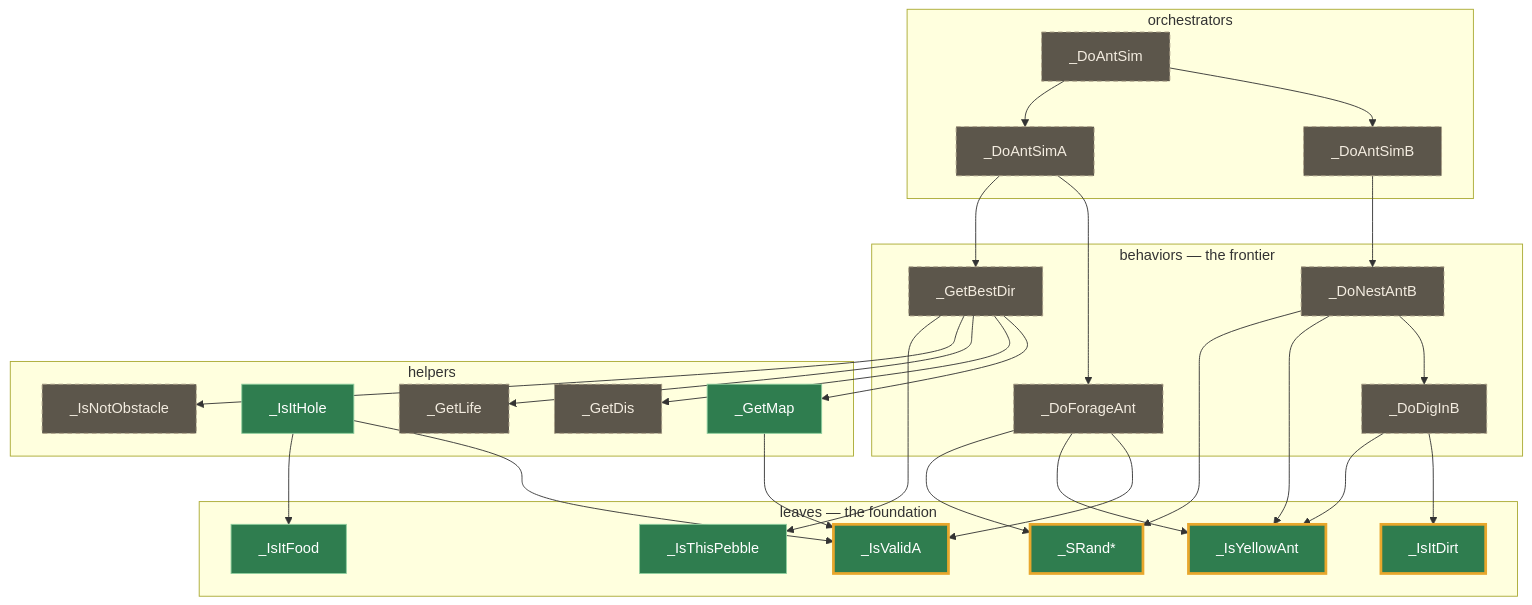
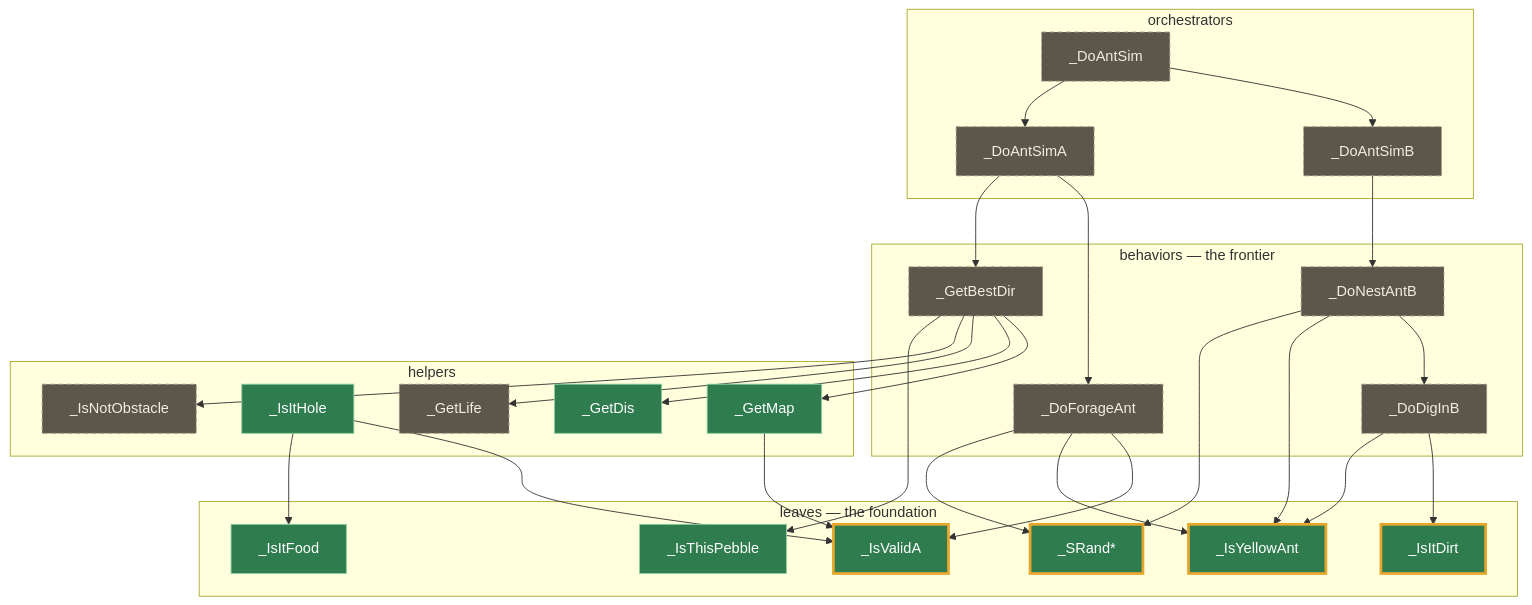
Before and after one commit to missingno7/simant_port: the diagram in README.md, drawn with Mermaid. The commit also changed other lines of this file and 4 other files, not shown here.

````diff
--- a/README.md
+++ b/README.md
@@ -36,45 +36,45 @@
 ```mermaid
 flowchart TD
   subgraph L1["orchestrators"]
     das["_DoAntSim"]
     dab["_DoAntSimB"]
     daa["_DoAntSimA"]
   end
   subgraph L2["behaviors — the frontier"]
     dnb["_DoNestAntB"]
     dfor["_DoForageAnt"]
     gbd["_GetBestDir"]
     ddig["_DoDigInB"]
   end
   subgraph L3["helpers"]
     gmap["_GetMap"]
     ihole["_IsItHole"]
     gdis["_GetDis"]
     glife["_GetLife"]
     inobs["_IsNotObstacle"]
   end
   subgraph L4["leaves — the foundation"]
     iva["_IsValidA"]
     idirt["_IsItDirt"]
     iyel["_IsYellowAnt"]
     ifood["_IsItFood"]
     ipeb["_IsThisPebble"]
     srand["_SRand*"]
   end
   das --> dab & daa
   dab --> dnb
   daa --> dfor & gbd
   dnb --> ddig & iyel & srand
   dfor --> iva & iyel & srand
   gbd --> gmap & gdis & glife & inobs & ipeb
   ddig --> idirt & iyel
   gmap --> iva
   ihole --> iva & ifood
 
   classDef done fill:#2f7d4f,stroke:#8fce9e,color:#fff;
   classDef load fill:#2f7d4f,stroke:#e8a72c,stroke-width:3px,color:#fff;
   classDef front fill:#5c564b,stroke:#a99e86,color:#f3ece0,stroke-dasharray:5 4;
-  class gmap,ihole,ifood,ipeb done;
+  class gmap,ihole,ifood,ipeb,gdis done;
   class iva,idirt,iyel,srand load;
-  class das,dab,daa,dnb,dfor,gbd,ddig,gdis,glife,inobs front;
+  class das,dab,daa,dnb,dfor,gbd,ddig,glife,inobs front;
 ```
````
